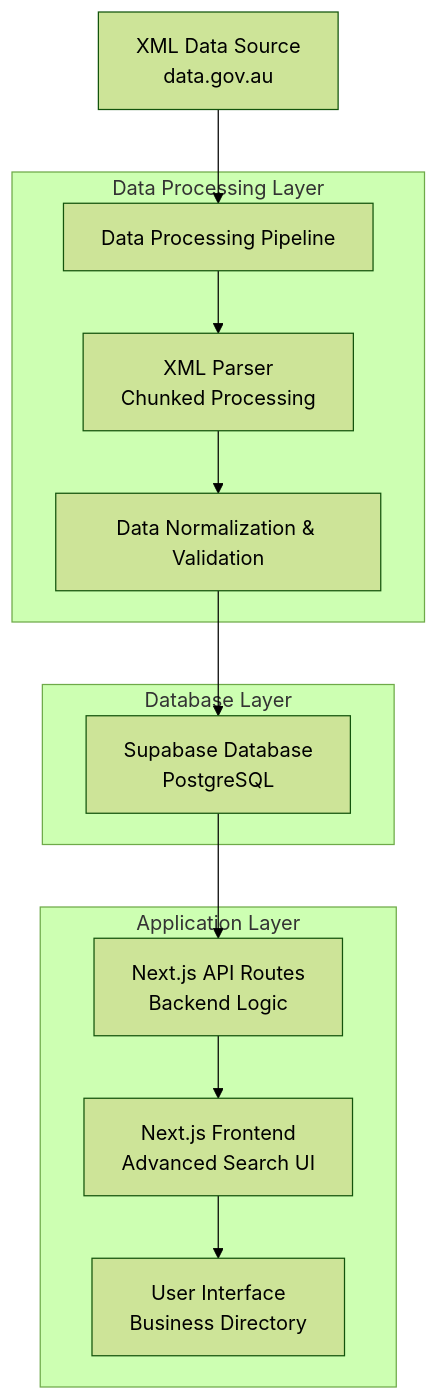
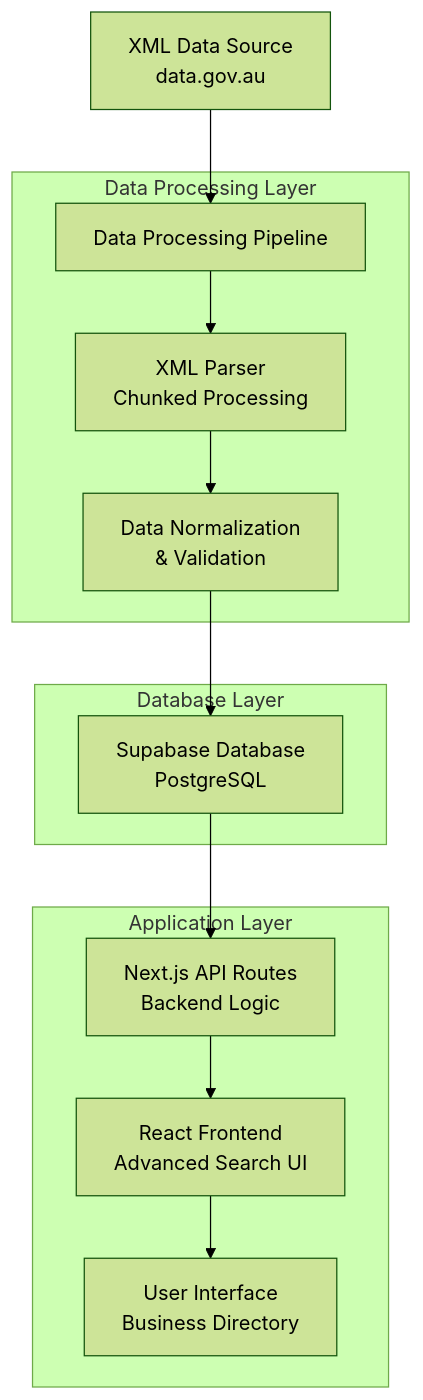
One commit to Sharmil001/Firmable-Assessment changed the diagram in README.md. Above: the diagram before and after it, drawn with Mermaid (forest theme).

Commit message:
upaded README.md

````diff
--- a/README.md
+++ b/README.md
@@ -11,20 +11,27 @@
 ```mermaid
 graph TB
-    %% Data Flow from Source to UI
     A[XML Data Source<br/>data.gov.au] --> B[Data Processing Pipeline]
+    B --> C[XML Parser<br/>Chunked Processing]
+    C --> D[Data Normalization<br/>& Validation]
+    D --> E[Supabase Database<br/>PostgreSQL]
+    
+    E --> F[Next.js API Routes<br/>Backend Logic]
+    F --> G[React Frontend<br/>Advanced Search UI]
+    G --> H[User Interface<br/>Business Directory]
     
     subgraph "Data Processing Layer"
-        B --> C[XML Parser<br/>Chunked Processing]
-        C --> D[Data Normalization & Validation]
+        B
+        C
+        D
+    end
+    
+    subgraph "Application Layer"
+        F
+        G
+        H
     end
     
     subgraph "Database Layer"
-        D --> E[Supabase Database<br/>PostgreSQL]
-    end
-    
-    subgraph "Application Layer"
-        E --> F[Next.js API Routes<br/>Backend Logic]
-        F --> G[Next.js Frontend<br/>Advanced Search UI]
-        G --> H[User Interface<br/>Business Directory]
+        E
     end
 ```
````
